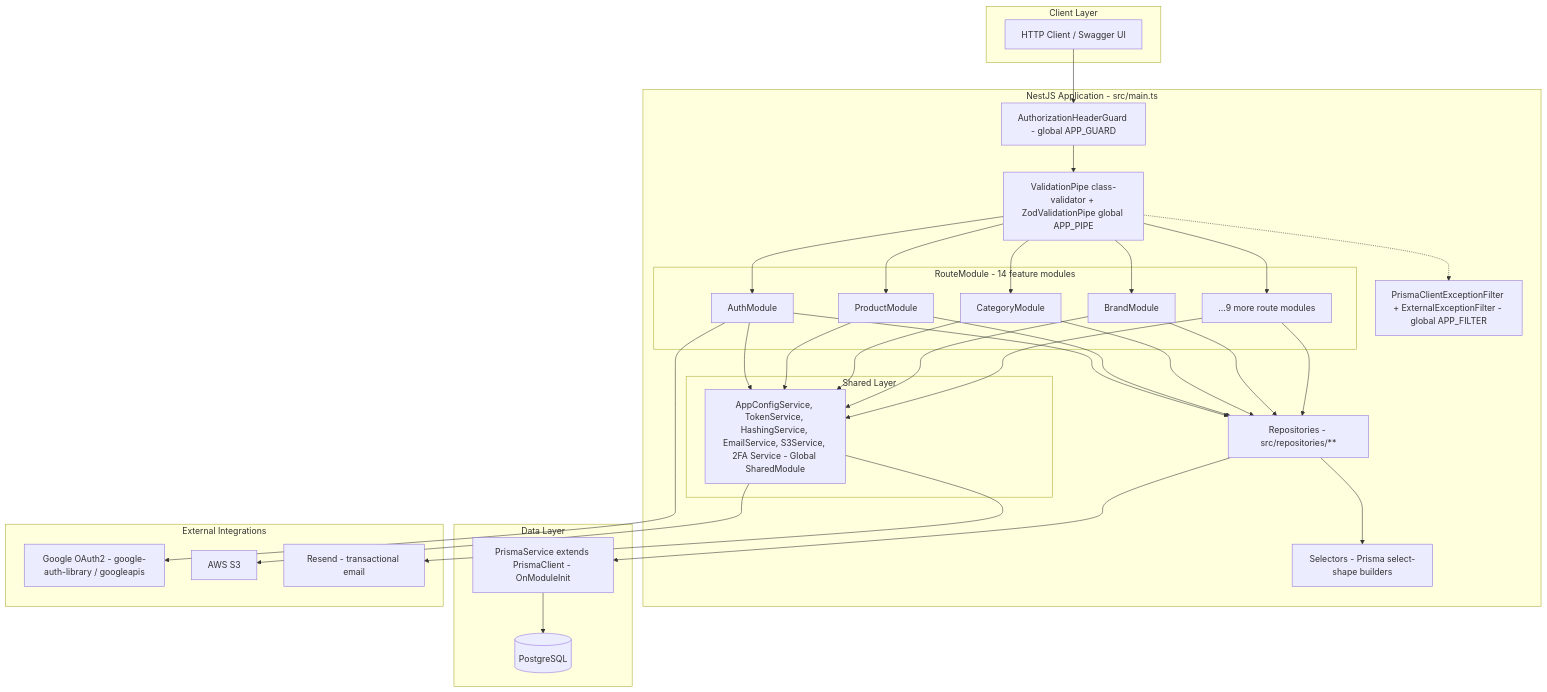
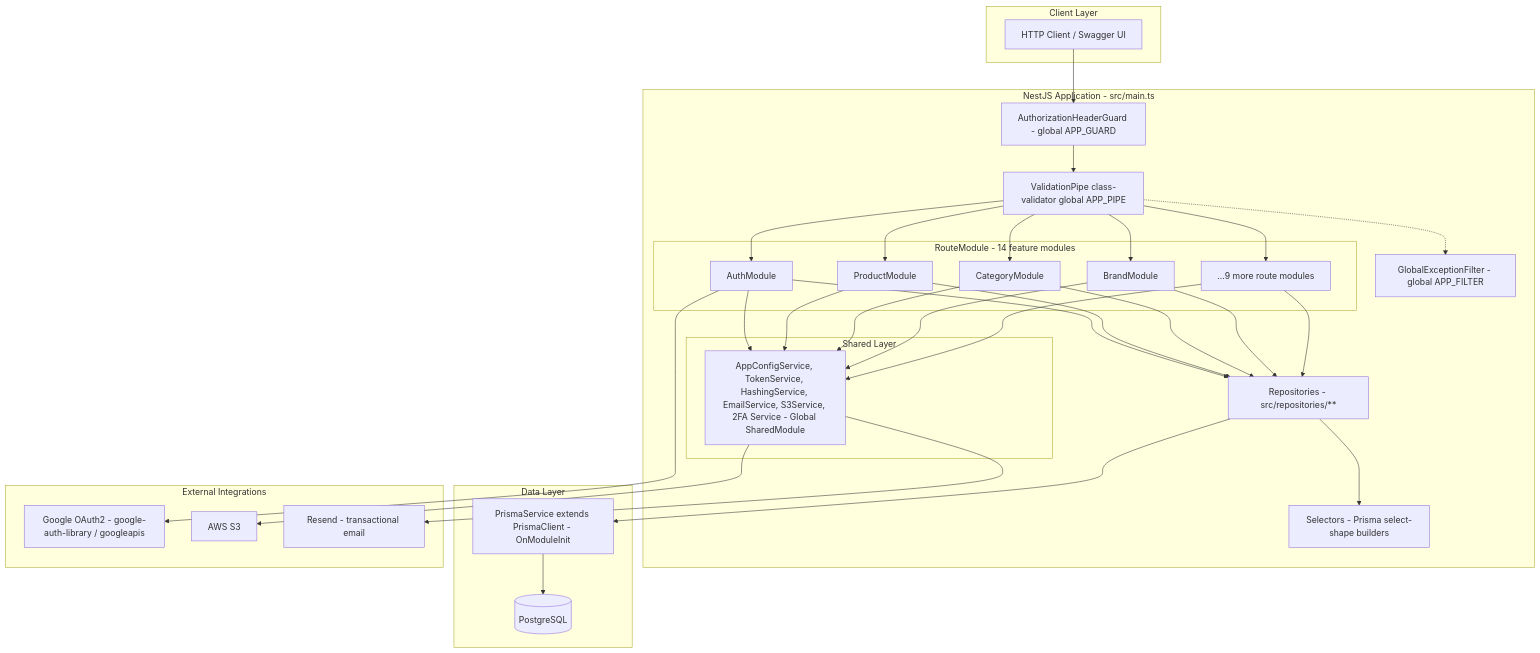
One commit to dangxuanthangqt/ecom changed the first of 5 diagrams in docs/system/architecture.md. Above: the diagram before and after it, drawn with Mermaid. The commit also changed other lines of this file and 9 other files, not shown here.

````diff
--- a/docs/system/architecture.md
+++ b/docs/system/architecture.md
@@ -7,42 +7,42 @@
 ```mermaid
 graph TB
     subgraph "Client Layer"
         CLIENT["HTTP Client / Swagger UI"]
     end
     subgraph "NestJS Application - src/main.ts"
         GUARD["AuthorizationHeaderGuard - global APP_GUARD"]
-        PIPE["ValidationPipe class-validator + ZodValidationPipe global APP_PIPE"]
-        FILTER["PrismaClientExceptionFilter + ExternalExceptionFilter - global APP_FILTER"]
+        PIPE["ValidationPipe class-validator global APP_PIPE"]
+        FILTER["GlobalExceptionFilter - global APP_FILTER"]
         subgraph "RouteModule - 14 feature modules"
             AUTH["AuthModule"]
             PRODUCT["ProductModule"]
             CATEGORY["CategoryModule"]
             BRAND["BrandModule"]
             OTHERS["...9 more route modules"]
         end
         subgraph "Shared Layer"
             SERVICES["AppConfigService, TokenService, HashingService, EmailService, S3Service, 2FA Service - Global SharedModule"]
         end
         REPO["Repositories - src/repositories/**"]
         SELECTOR["Selectors - Prisma select-shape builders"]
     end
     subgraph "Data Layer"
         PRISMA["PrismaService extends PrismaClient - OnModuleInit"]
         PG[("PostgreSQL")]
     end
     subgraph "External Integrations"
         GOOGLE["Google OAuth2 - google-auth-library / googleapis"]
         S3["AWS S3"]
         RESEND["Resend - transactional email"]
     end
 
     CLIENT --> GUARD --> PIPE --> AUTH & PRODUCT & CATEGORY & BRAND & OTHERS
     AUTH & PRODUCT & CATEGORY & BRAND & OTHERS --> SERVICES
     AUTH & PRODUCT & CATEGORY & BRAND & OTHERS --> REPO
     REPO --> SELECTOR
     REPO --> PRISMA --> PG
     AUTH --> GOOGLE
     SERVICES --> S3
     SERVICES --> RESEND
     PIPE -.-> FILTER
 ```
````
